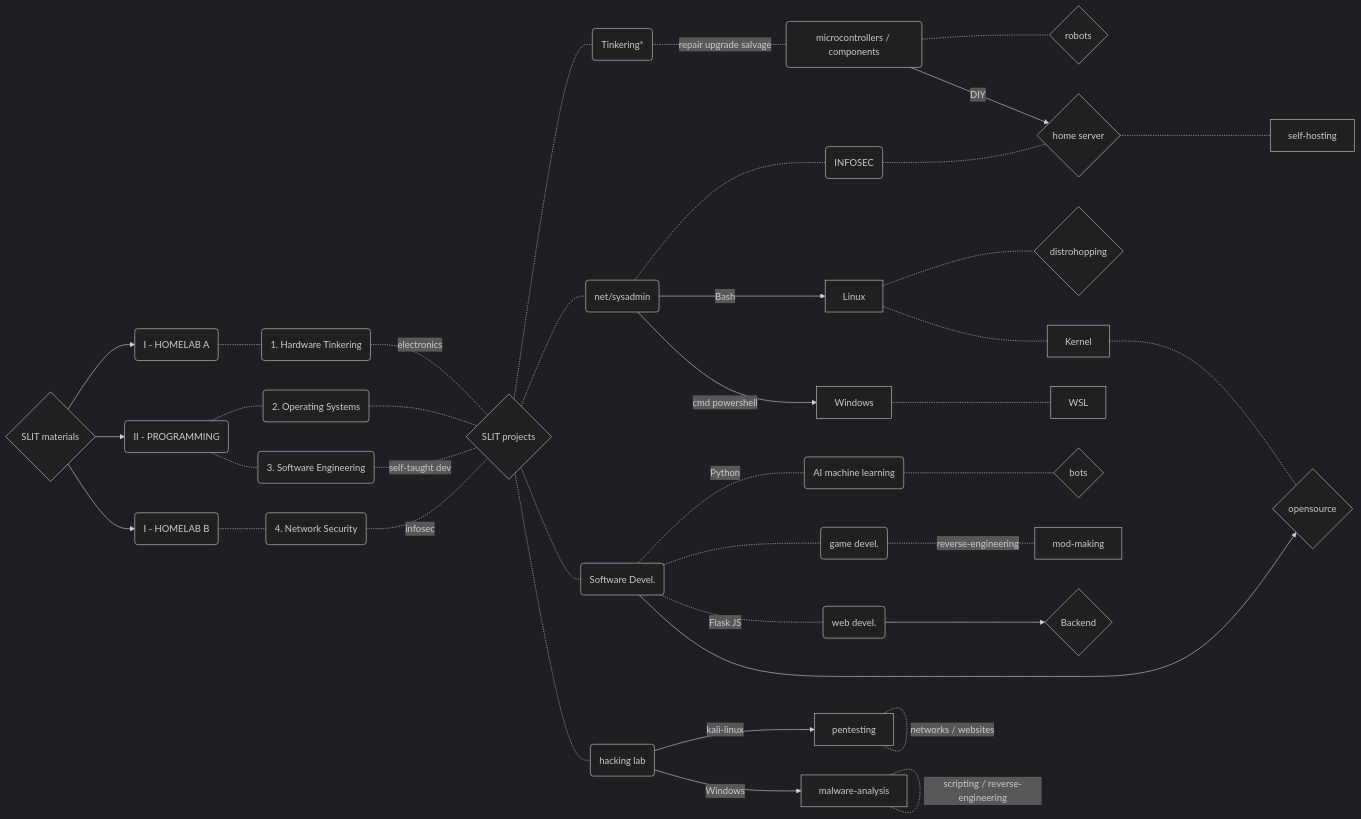
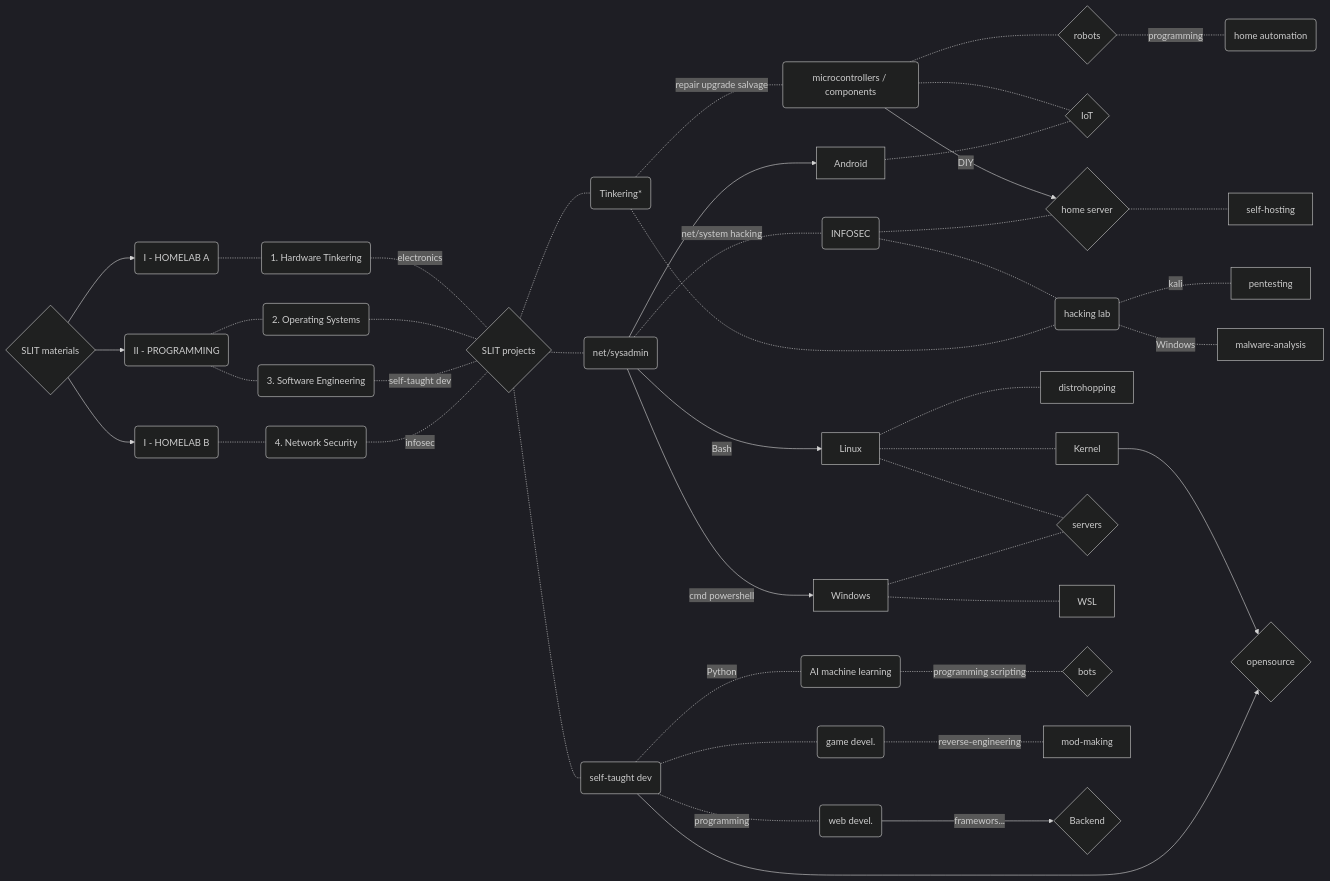
One commit to pabloqpacin/SLIT changed the second of 2 diagrams in README.md. Above: the diagram before and after it, drawn with Mermaid (dark theme).

Commit message:
feat(week44): mermaids and such 🧜

````diff
--- a/README.md
+++ b/README.md
@@ -66,63 +66,71 @@
 ``` mermaid
 
 graph LR;
 
 
 SLIT{SLIT materials} 
 
     SLIT --> IA(I - HOMELAB A)
         IA .- 1(1. Hardware Tinkering)
             1 .- |electronics| SP{SLIT projects}
 
     SLIT --> II(II - PROGRAMMING)
         II .- 2(2. Operating Systems)
             2 .- SP
 
         II .- 3(3. Software Engineering)
             3 .- |self-taught dev| SP
 
     SLIT --> IB(I - HOMELAB B)
         IB .- 4(4. Network Security)
             4 .- |infosec| SP
 
 
 SP
 
     SP .- T(Tinkering*)
         T .- |repair upgrade salvage| electronics(microcontrollers / components)
             electronics .- robots{robots}
+            electronics .- IoT{IoT}
+                robots .- |programming| ha(home automation)
             electronics  --> |DIY| HS{home server}
                 HS .- self-hosting
 
 
 
     SP .- NSA(net/sysadmin)
 
-        NSA .- IS(INFOSEC)
+        NSA --> Android
+            Android .- IoT
+
+        NSA .- |net/system hacking| IS(INFOSEC)
             IS .- HS
+            IS .- HL
         NSA --> |Bash| Linux
-            Linux .- D{distrohopping}
+            Linux .- D[distrohopping]
             Linux .- Kernel
-                Kernel .- os{opensource}
+            Linux .- servers{servers}
+                Kernel --> os{opensource}
         NSA --> |cmd powershell| Windows
+            Windows .- servers
             Windows .- WSL
+
+    T .- HL(hacking lab)
+                    HL .- |kali| pentesting
+                    HL .- |Windows| malware-analysis
+
+
+    SP .- SD(self-taught dev)
+
+        SD --> os
+        SD .- |Python| AI(AI machine  learning)
+            AI .- |programming scripting| bots{bots}
+        SD .- GD(game devel.)
+            GD .- |reverse-engineering| mod-making
+        SD .- |programming| WD(web devel.)
+            WD --> |framewors...| B{Backend}
 
 
 
-    SP .- SD(Software Devel.)
-
-        SD --> os
-        SD .- |Python| AI(AI machine  learning)
-            AI .- bots{bots}
-        SD .- GD(game devel.)
-            GD .- |reverse-engineering| mod-making
-        SD .- |Flask JS| WD(web devel.)
-            WD --> B{Backend}
-
-
-    SP .- HL(hacking lab)
-                    HL --> |kali-linux| pentesting .- |networks / websites| pentesting
-                    HL --> |Windows| malware-analysis .- |scripting / reverse-engineering| malware-analysis
-
 
 ```
````
